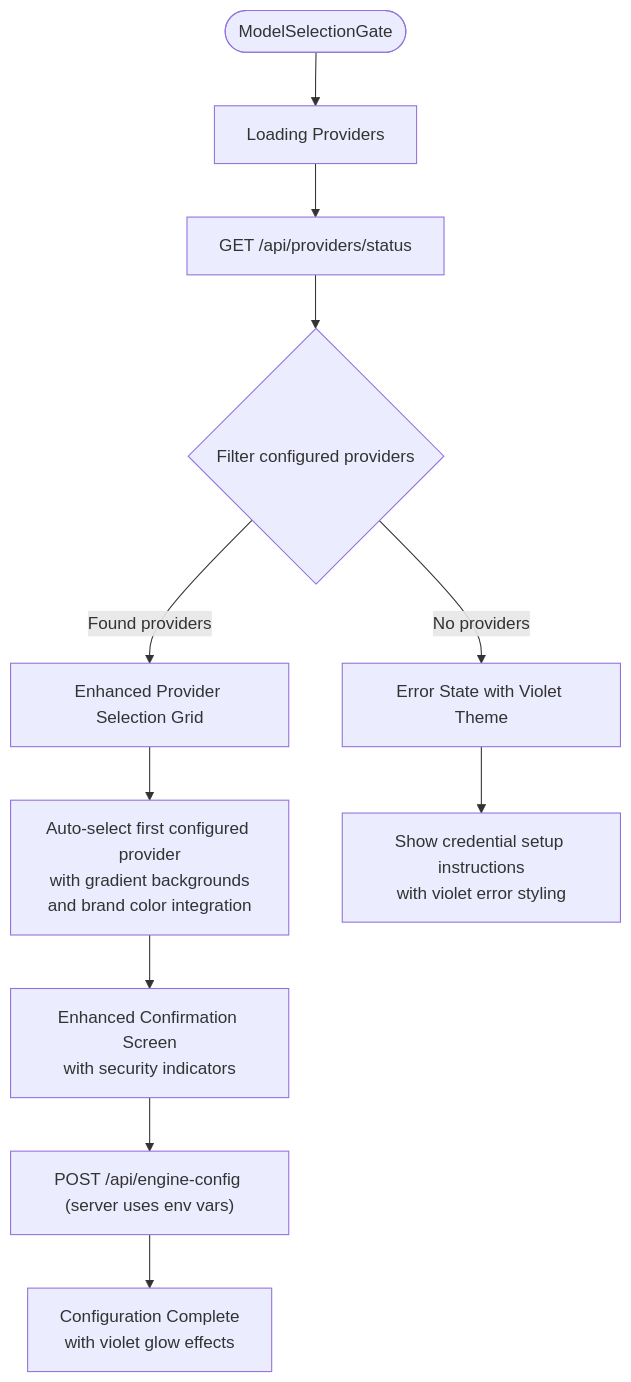
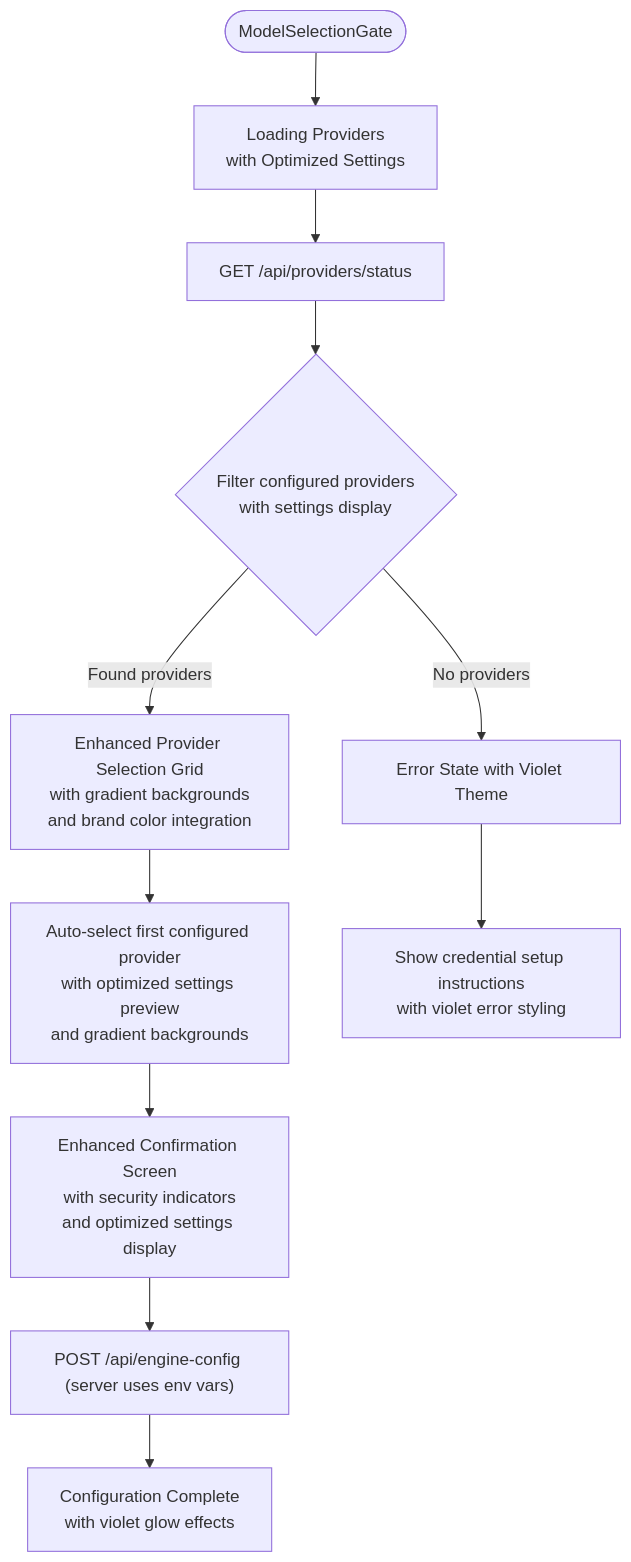
One commit to shekhargiri005-dotcom/AI-powered-accessibility-first-UI-engine changed the fourth of 13 diagrams in .qoder/repowiki/en/content/AI Generation Engine/Model Configuration & Selection/Model Configuration & Selection.md. Above: the diagram before and after it, drawn with Mermaid. The commit also changed other lines of this file and 8 other files, not shown here.

````diff
--- a/.qoder/repowiki/en/content/AI Generation Engine/Model Configuration & Selection/Model Configuration & Selection.md
+++ b/.qoder/repowiki/en/content/AI Generation Engine/Model Configuration & Selection/Model Configuration & Selection.md
@@ -243,13 +294,13 @@
 ```mermaid
 flowchart TD
-Start(["ModelSelectionGate"]) --> Step1["Loading Providers"]
+Start(["ModelSelectionGate"]) --> Step1["Loading Providers<br/>with Optimized Settings"]
 Step1 --> FetchStatus["GET /api/providers/status"]
-FetchStatus --> FilterConfigured{"Filter configured providers"}
-FilterConfigured --> |Found providers| Step2["Enhanced Provider Selection Grid"]
+FetchStatus --> FilterConfigured{"Filter configured providers<br/>with settings display"}
+FilterConfigured --> |Found providers| Step2["Enhanced Provider Selection Grid<br/>with gradient backgrounds<br/>and brand color integration"]
 FilterConfigured --> |No providers| Step4["Error State with Violet Theme"]
-Step2 --> SelectProvider["Auto-select first configured provider<br/>with gradient backgrounds<br/>and brand color integration"]
-SelectProvider --> Step3["Enhanced Confirmation Screen<br/>with security indicators"]
+Step2 --> SelectProvider["Auto-select first configured provider<br/>with optimized settings preview<br/>and gradient backgrounds"]
+SelectProvider --> Step3["Enhanced Confirmation Screen<br/>with security indicators<br/>and optimized settings display"]
 Step3 --> SaveSelection["POST /api/engine-config (server uses env vars)"]
 SaveSelection --> Complete["Configuration Complete<br/>with violet glow effects"]
 Step4 --> ErrorDisplay["Show credential setup instructions<br/>with violet error styling"]
 ```
````
